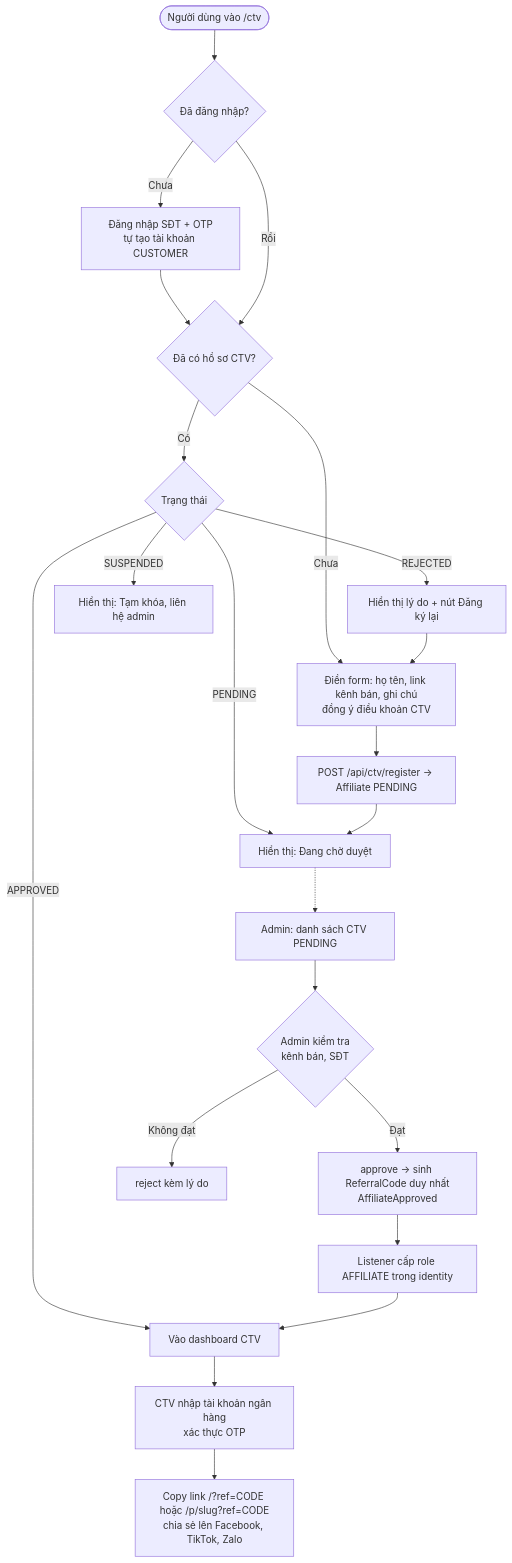
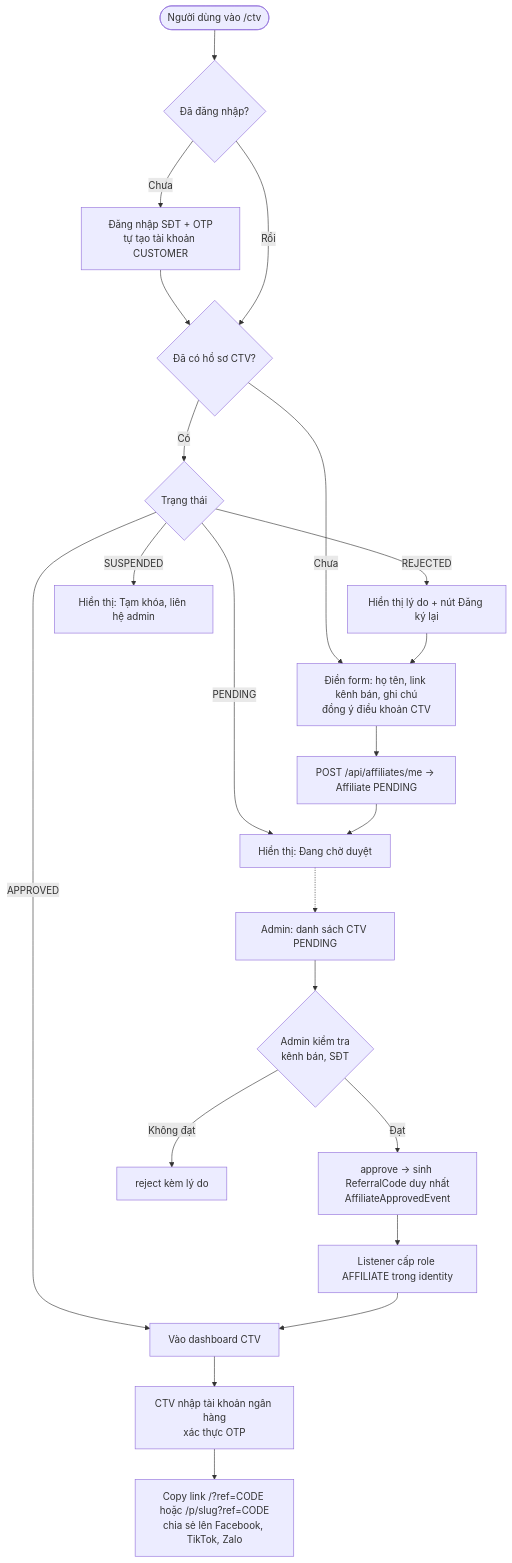
Before and after one commit to Vietnguyen203/Hwingroupweb: the fifth of 7 diagrams in docs/04-workflows.md, drawn with Mermaid. The commit also changed other lines of this file and 415 other files, not shown here.

````diff
--- a/docs/04-workflows.md
+++ b/docs/04-workflows.md
@@ -139,25 +139,25 @@
 ```mermaid
 flowchart TD
     S([Người dùng vào /ctv]) --> L{Đã đăng nhập?}
     L -- Chưa --> OTP[Đăng nhập SĐT + OTP<br/>tự tạo tài khoản CUSTOMER]
     OTP --> HAS
     L -- Rồi --> HAS{Đã có hồ sơ CTV?}
     HAS -- Có --> ST{Trạng thái}
     ST -- PENDING --> WAIT[Hiển thị: Đang chờ duyệt]
     ST -- APPROVED --> DASH[Vào dashboard CTV]
     ST -- REJECTED --> RJ[Hiển thị lý do + nút Đăng ký lại]
     ST -- SUSPENDED --> SUS[Hiển thị: Tạm khóa, liên hệ admin]
     HAS -- Chưa --> FORM[Điền form: họ tên, link kênh bán, ghi chú<br/>đồng ý điều khoản CTV]
-    FORM --> REG[POST /api/ctv/register → Affiliate PENDING]
+    FORM --> REG[POST /api/affiliates/me → Affiliate PENDING]
     RJ --> FORM
     REG --> WAIT
 
     WAIT -.-> ADMQ[Admin: danh sách CTV PENDING]
     ADMQ --> CHK{Admin kiểm tra<br/>kênh bán, SĐT}
-    CHK -- Đạt --> APV[approve → sinh ReferralCode duy nhất<br/>AffiliateApproved]
+    CHK -- Đạt --> APV[approve → sinh ReferralCode duy nhất<br/>AffiliateApprovedEvent]
     CHK -- Không đạt --> REJ[reject kèm lý do]
     APV --> ROLE[Listener cấp role AFFILIATE trong identity]
     ROLE --> DASH
     DASH --> BANK[CTV nhập tài khoản ngân hàng<br/>xác thực OTP]
     BANK --> SHARE[Copy link /?ref=CODE hoặc /p/slug?ref=CODE<br/>chia sẻ lên Facebook, TikTok, Zalo]
 ```
````
